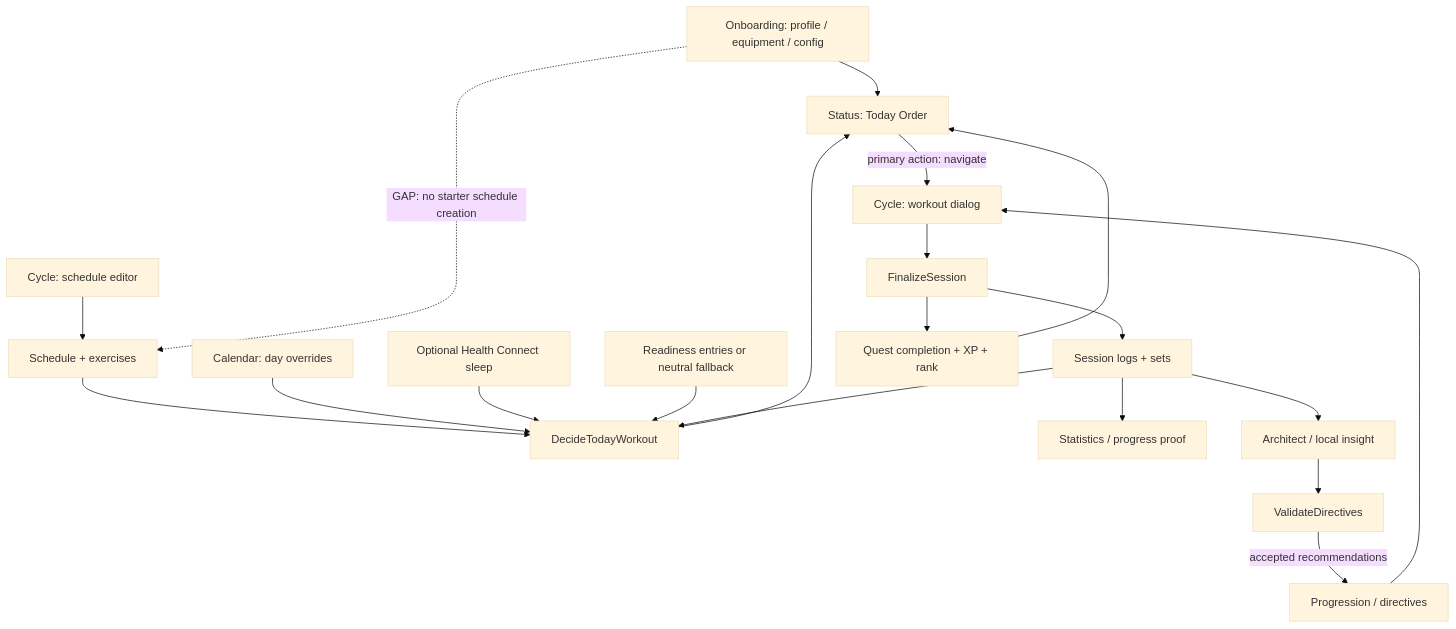
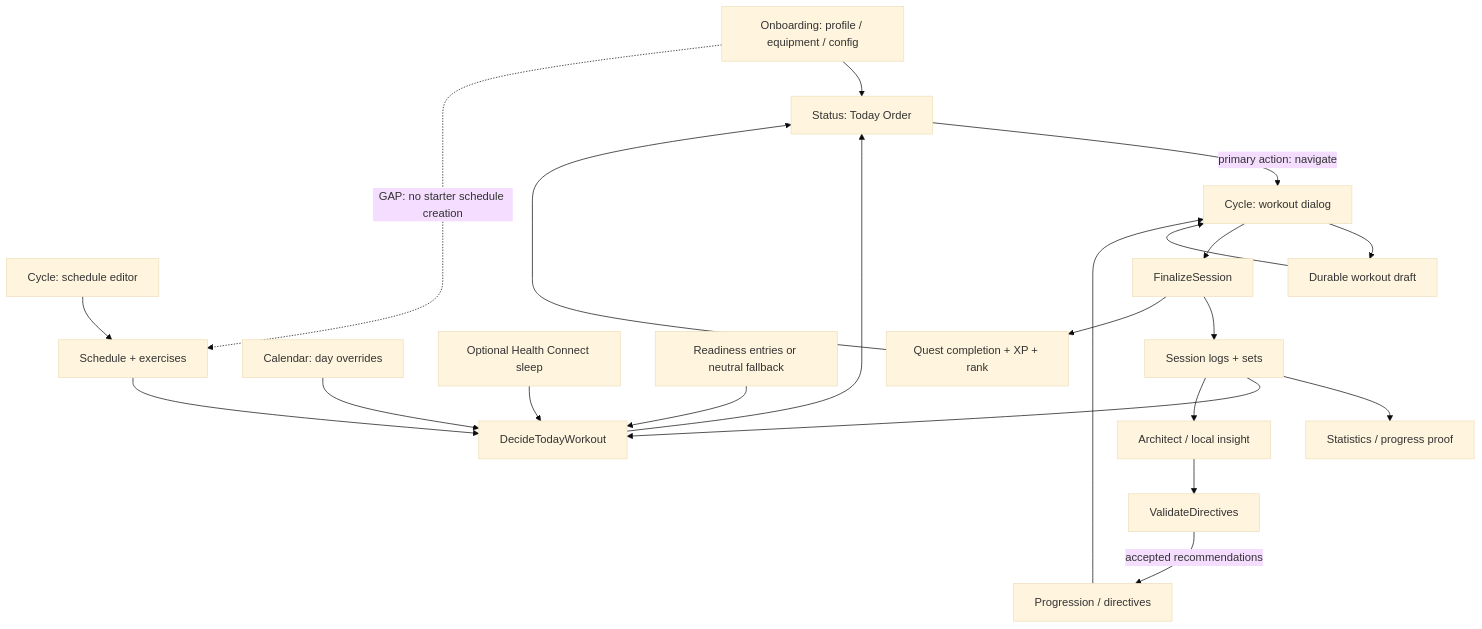
One commit to IhorBuhaichuk/TheSystemApp changed the first of 4 diagrams in docs/architecture/FEATURE_MAP.md. Above: the diagram before and after it, drawn with Mermaid (base theme). The commit also changed other lines of this file and 428 other files, not shown here.

````diff
--- a/docs/architecture/FEATURE_MAP.md
+++ b/docs/architecture/FEATURE_MAP.md
@@ -24,22 +31,24 @@
 ```mermaid
 flowchart TD
   O["Onboarding: profile / equipment / config"] --> S["Status: Today Order"]
   E["Cycle: schedule editor"] --> SCH["Schedule + exercises"]
   SCH --> DEC["DecideTodayWorkout"]
   CAL["Calendar: day overrides"] --> DEC
   HC["Optional Health Connect sleep"] --> DEC
   R["Readiness entries or neutral fallback"] --> DEC
   DEC --> S
   S -->|"primary action: navigate"| CY["Cycle: workout dialog"]
+  CY --> WD["Durable workout draft"]
+  WD --> CY
   CY --> FIN["FinalizeSession"]
   FIN --> LOG["Session logs + sets"]
   FIN --> XP["Quest completion + XP + rank"]
   LOG --> ST["Statistics / progress proof"]
   LOG --> DEC
   XP --> S
   LOG --> AI["Architect / local insight"]
   AI --> VAL["ValidateDirectives"]
   VAL -->|"accepted recommendations"| PM["Progression / directives"]
   PM --> CY
   O -. "GAP: no starter schedule creation" .-> SCH
 ```
````
